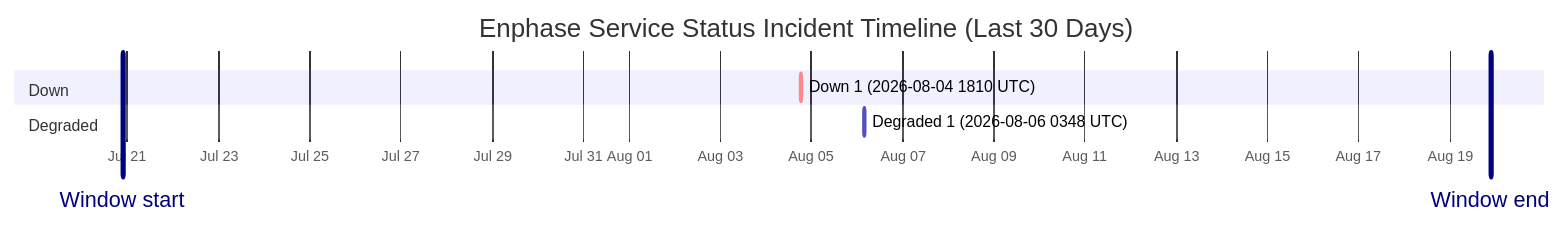
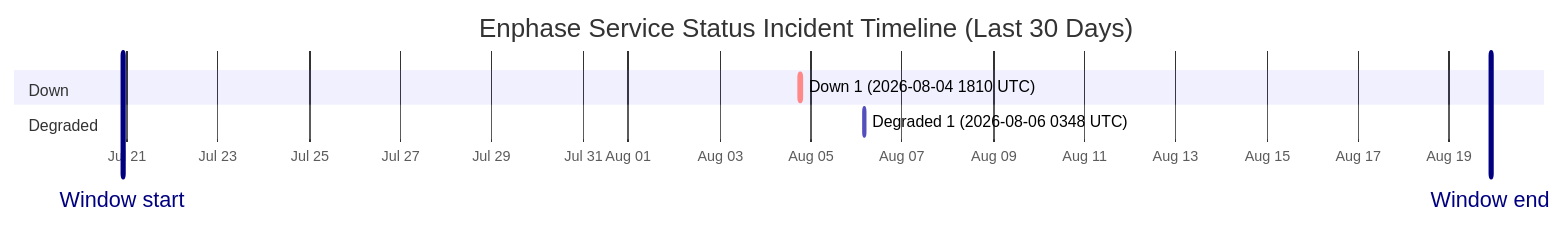
One commit to barneyonline/ha-enphase-energy changed the diagram in wiki/Service-Status-History.md. Above: the diagram before and after it, drawn with Mermaid. The commit also changed other lines of this file and 3 other files, not shown here.

````diff
--- a/wiki/Service-Status-History.md
+++ b/wiki/Service-Status-History.md
@@ -14,12 +14,12 @@
 ```mermaid
 gantt
     title Enphase Service Status Incident Timeline (Last 30 Days)
     dateFormat  YYYY-MM-DDTHH:mm:ss
     axisFormat  %b %d
-    Window start :vert, window-start, 2026-07-20T21:22:58, 0ms
-    Window end :vert, window-end, 2026-08-19T21:22:58, 0ms
+    Window start :vert, window-start, 2026-07-20T21:49:55, 0ms
+    Window end :vert, window-end, 2026-08-19T21:49:55, 0ms
     section Down
     Down 1 (2026-08-04 1810 UTC) :crit, down-1, 2026-08-04T18:10:46, 60m
     section Degraded
     Degraded 1 (2026-08-06 0348 UTC) :active, degraded-1, 2026-08-06T03:48:14, 60m
 ```
````
